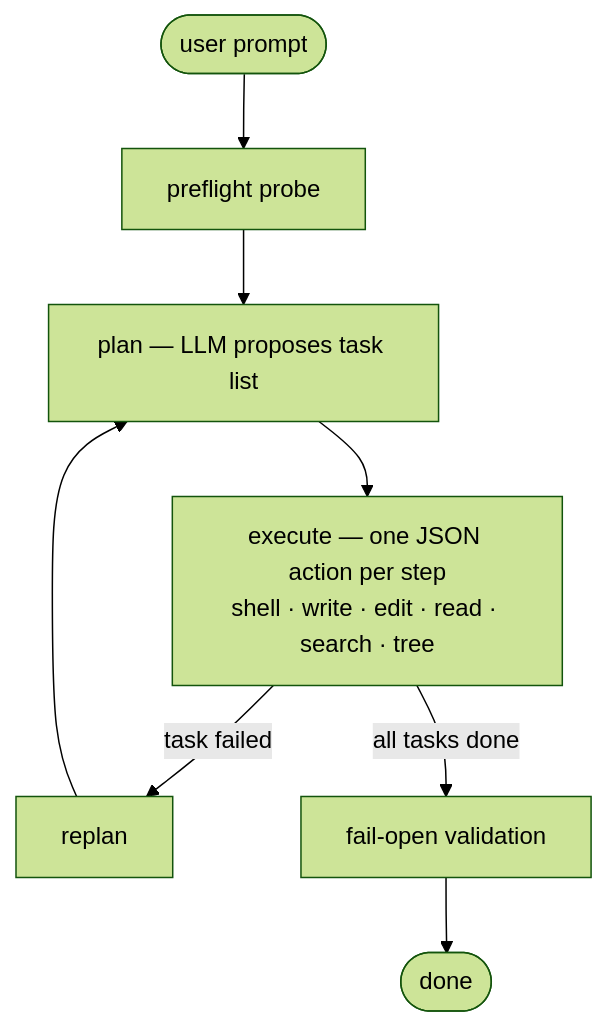
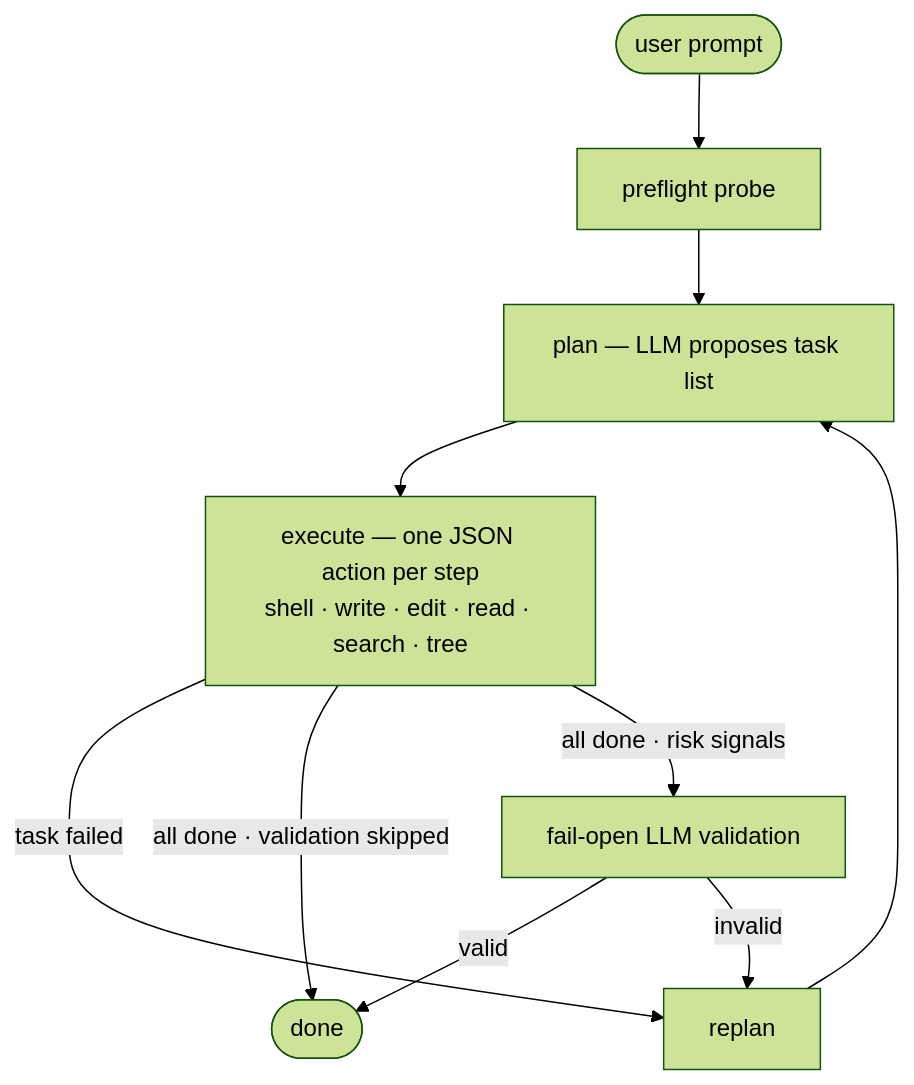
The diagram in README.md (den-run-ai/askme), drawn with Mermaid (forest theme) before and after one commit. The commit also changed 1 other file, not shown here.

Commit message:
docs: address PR review — validation paths in diagram, CACHE_WORKAROUND
- README mermaid diagram: show the gated/disabled validation bypass
  straight to done, and route a failed validation back to replan,
  matching _should_validate() and the [validation_failed] recovery
  path in _run_loop().
- configuration.md: add CACHE_WORKAROUND to the env-var reference,
  marked obsolete (40% slower; superseded by --swa-full --cache-reuse).

````diff
--- a/README.md
+++ b/README.md
@@ -33,10 +33,12 @@
 ```mermaid
 flowchart TD
     U([user prompt]) --> PF[preflight probe]
     PF --> PL[plan — LLM proposes task list]
     PL --> EX["execute — one JSON action per step<br/>shell · write · edit · read · search · tree"]
     EX -- task failed --> RE[replan]
     RE --> PL
-    EX -- all tasks done --> V[fail-open validation]
-    V --> DONE([done])
+    EX -- "all done · validation skipped" --> DONE([done])
+    EX -- "all done · risk signals" --> V[fail-open LLM validation]
+    V -- valid --> DONE
+    V -- invalid --> RE
 ```
````
